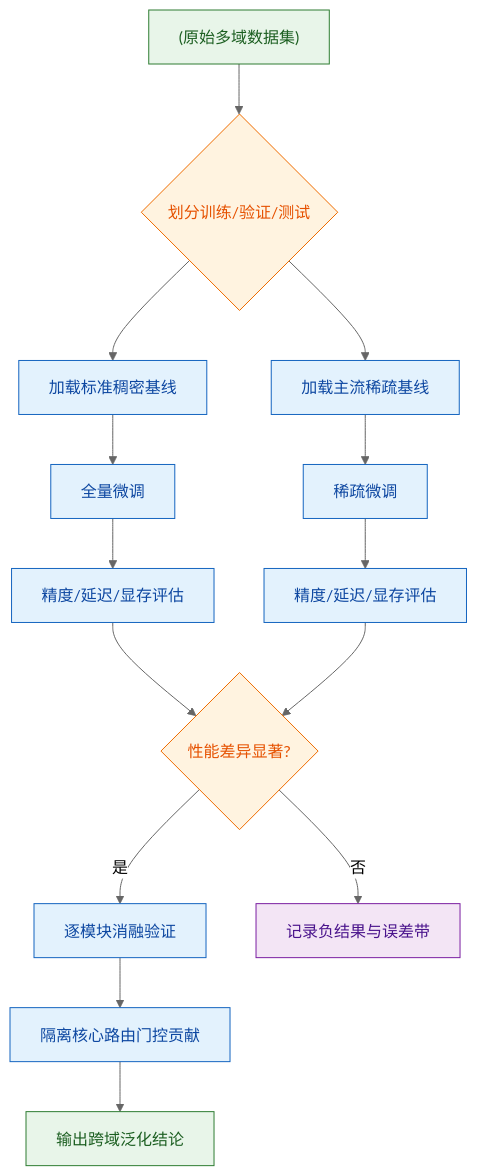
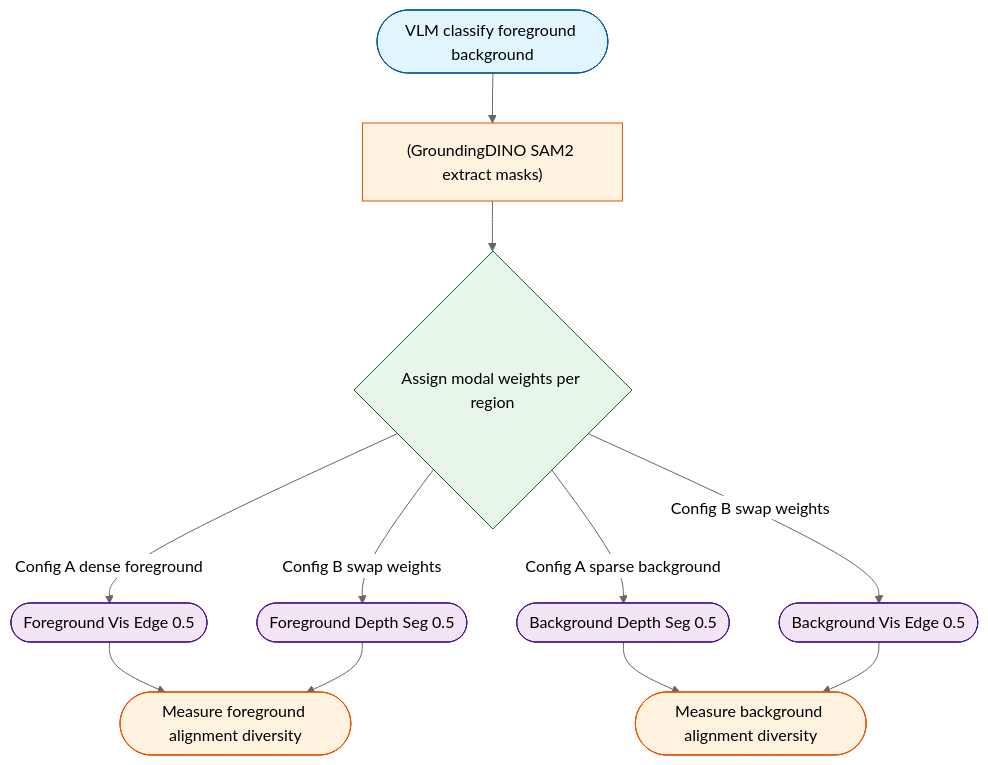
Before and after one commit to ShinewineW/paper-rolling: the sixth of 11 diagrams in person_vault/2026-06-07_CosmosTransfer1_2503.14492/report.md, drawn with Mermaid (neutral theme). The commit also changed other lines of this file and 51 other files, not shown here.

````diff
--- a/person_vault/2026-06-07_CosmosTransfer1_2503.14492/report.md
+++ b/person_vault/2026-06-07_CosmosTransfer1_2503.14492/report.md
@@ -188,26 +287,18 @@
 ```mermaid
 flowchart TD
-    classDef startend fill:#e8f5e9,stroke:#2e7d32,color:#1b5e20;
-    classDef process fill:#e3f2fd,stroke:#1565c0,color:#0d47a1;
-    classDef decision fill:#fff3e0,stroke:#ef6c00,color:#e65100;
-    classDef data fill:#f3e5f5,stroke:#7b1fa2,color:#4a148c;
+    classDef input fill:#e1f5fe,color:#000,stroke:#01579b
+    classDef process fill:#fff3e0,color:#000,stroke:#e65100
+    classDef decision fill:#e8f5e9,color:#000,stroke:#1b5e20
+    classDef output fill:#f3e5f5,color:#000,stroke:#4a148c
 
-    raw_data["(原始多域数据集)"] --> split{划分训练/验证/测试}
-    split --> baseline["加载标准稠密基线"]
-    split --> sparse_ref["加载主流稀疏基线"]
-    baseline --> train_dense["全量微调"]
-    sparse_ref --> train_sparse["稀疏微调"]
-    train_dense --> eval_dense["精度/延迟/显存评估"]
-    train_sparse --> eval_sparse["精度/延迟/显存评估"]
-    eval_dense --> compare{性能差异显著?}
-    eval_sparse --> compare
-    compare -->|是| ablation["逐模块消融验证"]
-    compare -->|否| record_fail["记录负结果与误差带"]
-    ablation --> isolate_contrib["隔离核心路由门控贡献"]
-    isolate_contrib --> final_report["输出跨域泛化结论"]
-    
-    class raw_data,final_report startend;
-    class split,compare decision;
-    class baseline,sparse_ref,train_dense,train_sparse,eval_dense,eval_sparse,ablation,isolate_contrib process;
-    class record_fail data;
+    vlm_classify(["VLM classify foreground background"]):::input --> sam_extract["(GroundingDINO SAM2 extract masks)"]:::process
+    sam_extract --> weight_assign{Assign modal weights per region}:::decision
+    weight_assign -->|Config A dense foreground| fg_vis_edge(["Foreground Vis Edge 0.5"]):::output
+    weight_assign -->|Config A sparse background| bg_depth_seg(["Background Depth Seg 0.5"]):::output
+    weight_assign -->|Config B swap weights| fg_depth_seg(["Foreground Depth Seg 0.5"]):::output
+    weight_assign -->|Config B swap weights| bg_vis_edge(["Background Vis Edge 0.5"]):::output
+    fg_vis_edge --> measure_fg(["Measure foreground alignment diversity"]):::process
+    bg_depth_seg --> measure_bg(["Measure background alignment diversity"]):::process
+    fg_depth_seg --> measure_fg
+    bg_vis_edge --> measure_bg
 ```
````
